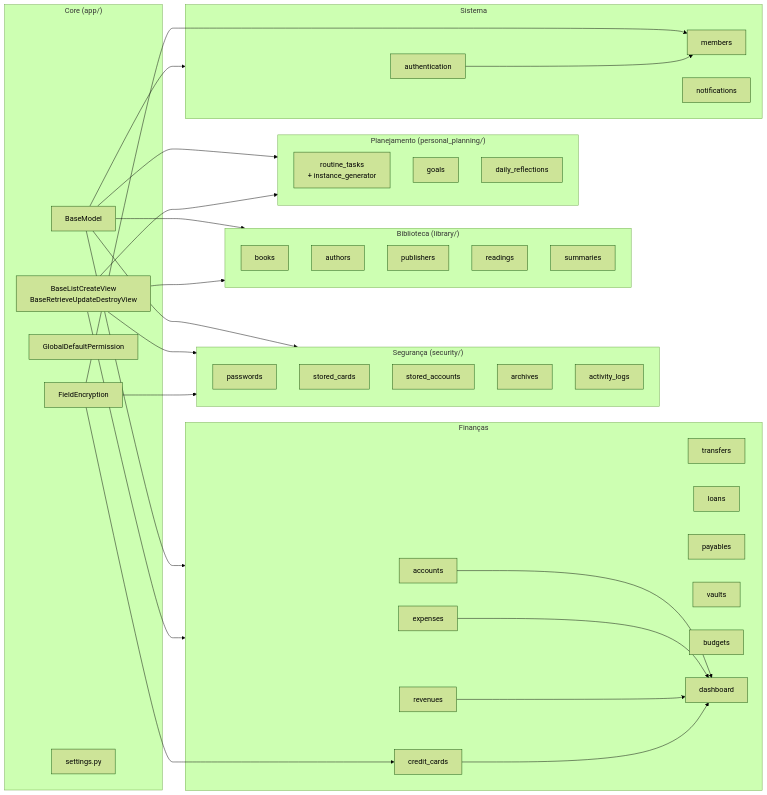
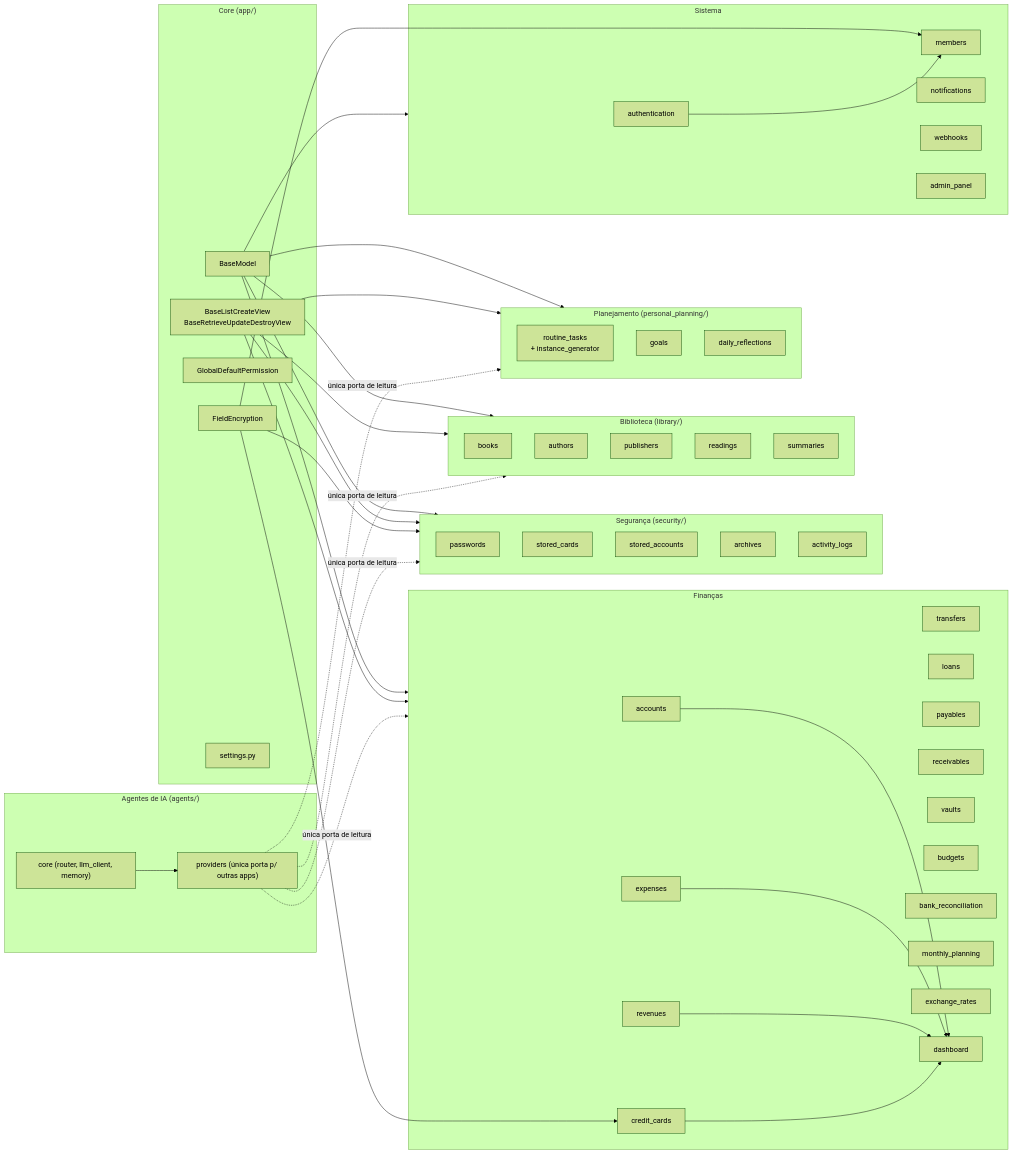
The third of 13 diagrams in documentation/architecture/diagrams.md (tarcisioribeiro/Axiom), drawn with Mermaid (forest theme) before and after one commit. The commit also changed other lines of this file and 3 other files, not shown here.

Commit message:
docs/update-architecture-and-readme

````diff
--- a/documentation/architecture/diagrams.md
+++ b/documentation/architecture/diagrams.md
@@ -117,8 +130,12 @@
         Transfers["transfers"]
         Loans["loans"]
         Payables["payables"]
+        Receivables["receivables"]
         Vaults["vaults"]
         Budgets["budgets"]
+        BankReconciliation["bank_reconciliation"]
+        MonthlyPlanning["monthly_planning"]
+        ExchangeRates["exchange_rates"]
         Dashboard["dashboard"]
     end
 
@@ -148,6 +165,13 @@
         Authentication["authentication"]
         Members["members"]
         Notifications["notifications"]
+        Webhooks["webhooks"]
+        AdminPanel["admin_panel"]
+    end
+
+    subgraph Agents["Agentes de IA (agents/)"]
+        AgentsCore["core (router, llm_client, memory)"]
+        AgentsProviders["providers (única porta p/ outras apps)"]
     end
 
     BaseModel --> Finance
@@ -171,4 +195,10 @@
     CreditCards --> Dashboard
 
     Authentication --> Members
+
+    AgentsProviders -.->|"única porta de leitura"| Finance
+    AgentsProviders -.->|"única porta de leitura"| Security
+    AgentsProviders -.->|"única porta de leitura"| Library
+    AgentsProviders -.->|"única porta de leitura"| Planning
+    AgentsCore --> AgentsProviders
 ```
````
